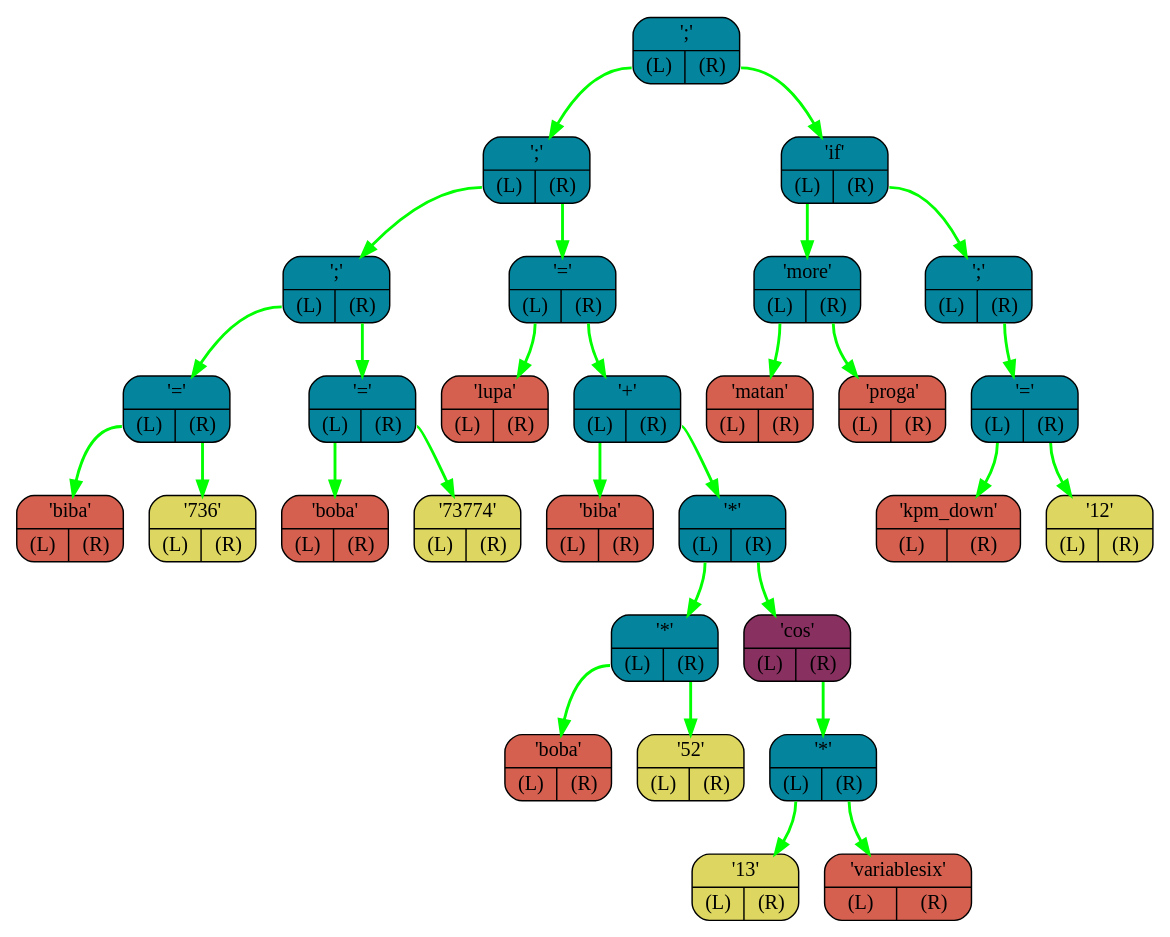
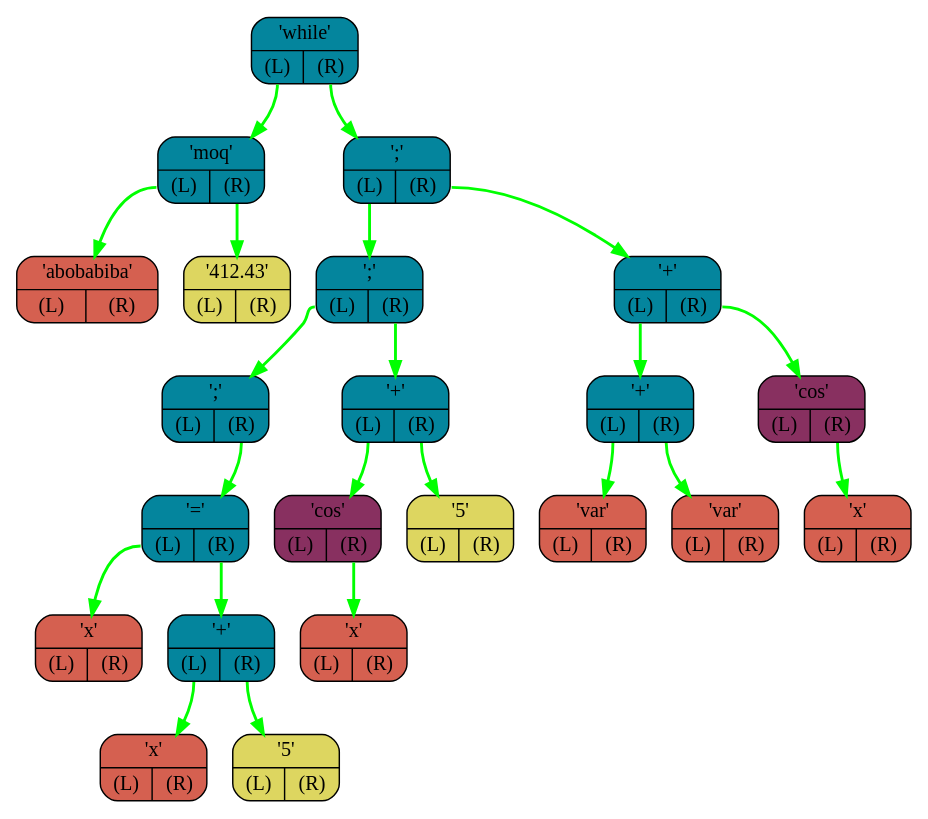
One commit to I1Va/OptimaLang changed the diagram in FrontEnd/logs/graph.dot. Above: the diagram before and after it, drawn with Graphviz. The commit also changed 14 other files, not shown here.

```diff
--- a/FrontEnd/logs/graph.dot
+++ b/FrontEnd/logs/graph.dot
@@ -1,60 +1,46 @@
 digraph G{
     rankdir=TB;
-    NODE0x7fffff20e298[shape="Mrecord",color="black",fillcolor="#04859D",style="filled",label="{';' | {<L> (L) | <R> (R)}}"]
-    NODE0x7fffff20e2c0[shape="Mrecord",color="black",fillcolor="#04859D",style="filled",label="{';' | {<L> (L) | <R> (R)}}"]
-    NODE0x7fffff20e2e8[shape="Mrecord",color="black",fillcolor="#04859D",style="filled",label="{';' | {<L> (L) | <R> (R)}}"]
-    NODE0x7fffff20e310[shape="Mrecord",color="black",fillcolor="#04859D",style="filled",label="{'=' | {<L> (L) | <R> (R)}}"]
-    NODE0x7fffff20e338[shape="Mrecord",color="black",fillcolor="#d56050",style="filled",label="{'biba' | {<L> (L) | <R> (R)}}"]
-    NODE0x7fffff20e360[shape="Mrecord",color="black",fillcolor="#ddd660",style="filled",label="{'736' | {<L> (L) | <R> (R)}}"]
-    NODE0x7fffff20e388[shape="Mrecord",color="black",fillcolor="#04859D",style="filled",label="{'=' | {<L> (L) | <R> (R)}}"]
-    NODE0x7fffff20e3b0[shape="Mrecord",color="black",fillcolor="#d56050",style="filled",label="{'boba' | {<L> (L) | <R> (R)}}"]
-    NODE0x7fffff20e3d8[shape="Mrecord",color="black",fillcolor="#ddd660",style="filled",label="{'73774' | {<L> (L) | <R> (R)}}"]
-    NODE0x7fffff20e400[shape="Mrecord",color="black",fillcolor="#04859D",style="filled",label="{'=' | {<L> (L) | <R> (R)}}"]
-    NODE0x7fffff20e428[shape="Mrecord",color="black",fillcolor="#d56050",style="filled",label="{'lupa' | {<L> (L) | <R> (R)}}"]
-    NODE0x7fffff20e450[shape="Mrecord",color="black",fillcolor="#04859D",style="filled",label="{'+' | {<L> (L) | <R> (R)}}"]
-    NODE0x7fffff20e478[shape="Mrecord",color="black",fillcolor="#d56050",style="filled",label="{'biba' | {<L> (L) | <R> (R)}}"]
-    NODE0x7fffff20e4a0[shape="Mrecord",color="black",fillcolor="#04859D",style="filled",label="{'*' | {<L> (L) | <R> (R)}}"]
-    NODE0x7fffff20e4c8[shape="Mrecord",color="black",fillcolor="#04859D",style="filled",label="{'*' | {<L> (L) | <R> (R)}}"]
-    NODE0x7fffff20e4f0[shape="Mrecord",color="black",fillcolor="#d56050",style="filled",label="{'boba' | {<L> (L) | <R> (R)}}"]
-    NODE0x7fffff20e518[shape="Mrecord",color="black",fillcolor="#ddd660",style="filled",label="{'52' | {<L> (L) | <R> (R)}}"]
-    NODE0x7fffff20e540[shape="Mrecord",color="black",fillcolor="#883060",style="filled",label="{'cos' | {<L> (L) | <R> (R)}}"]
-    NODE0x7fffff20e568[shape="Mrecord",color="black",fillcolor="#04859D",style="filled",label="{'*' | {<L> (L) | <R> (R)}}"]
-    NODE0x7fffff20e590[shape="Mrecord",color="black",fillcolor="#ddd660",style="filled",label="{'13' | {<L> (L) | <R> (R)}}"]
-    NODE0x7fffff20e5b8[shape="Mrecord",color="black",fillcolor="#d56050",style="filled",label="{'variablesix' | {<L> (L) | <R> (R)}}"]
-    NODE0x7fffff20e5e0[shape="Mrecord",color="black",fillcolor="#04859D",style="filled",label="{'if' | {<L> (L) | <R> (R)}}"]
-    NODE0x7fffff20e608[shape="Mrecord",color="black",fillcolor="#04859D",style="filled",label="{'more' | {<L> (L) | <R> (R)}}"]
-    NODE0x7fffff20e630[shape="Mrecord",color="black",fillcolor="#d56050",style="filled",label="{'matan' | {<L> (L) | <R> (R)}}"]
-    NODE0x7fffff20e658[shape="Mrecord",color="black",fillcolor="#d56050",style="filled",label="{'proga' | {<L> (L) | <R> (R)}}"]
-    NODE0x7fffff20e680[shape="Mrecord",color="black",fillcolor="#04859D",style="filled",label="{';' | {<L> (L) | <R> (R)}}"]
-    NODE0x7fffff20e6a8[shape="Mrecord",color="black",fillcolor="#04859D",style="filled",label="{'=' | {<L> (L) | <R> (R)}}"]
-    NODE0x7fffff20e6d0[shape="Mrecord",color="black",fillcolor="#d56050",style="filled",label="{'kpm_down' | {<L> (L) | <R> (R)}}"]
-    NODE0x7fffff20e6f8[shape="Mrecord",color="black",fillcolor="#ddd660",style="filled",label="{'12' | {<L> (L) | <R> (R)}}"]
-    NODE0x7fffff20e310:L-> NODE0x7fffff20e338 [color="#00FF00",penwidth=2,label=""]
-    NODE0x7fffff20e310:R-> NODE0x7fffff20e360 [color="#00FF00",penwidth=2,label=""]
-    NODE0x7fffff20e388:L-> NODE0x7fffff20e3b0 [color="#00FF00",penwidth=2,label=""]
-    NODE0x7fffff20e388:R-> NODE0x7fffff20e3d8 [color="#00FF00",penwidth=2,label=""]
-    NODE0x7fffff20e2e8:L-> NODE0x7fffff20e310 [color="#00FF00",penwidth=2,label=""]
-    NODE0x7fffff20e2e8:R-> NODE0x7fffff20e388 [color="#00FF00",penwidth=2,label=""]
-    NODE0x7fffff20e4c8:L-> NODE0x7fffff20e4f0 [color="#00FF00",penwidth=2,label=""]
-    NODE0x7fffff20e4c8:R-> NODE0x7fffff20e518 [color="#00FF00",penwidth=2,label=""]
-    NODE0x7fffff20e568:L-> NODE0x7fffff20e590 [color="#00FF00",penwidth=2,label=""]
-    NODE0x7fffff20e568:R-> NODE0x7fffff20e5b8 [color="#00FF00",penwidth=2,label=""]
-    NODE0x7fffff20e540:R-> NODE0x7fffff20e568 [color="#00FF00",penwidth=2,label=""]
-    NODE0x7fffff20e4a0:L-> NODE0x7fffff20e4c8 [color="#00FF00",penwidth=2,label=""]
-    NODE0x7fffff20e4a0:R-> NODE0x7fffff20e540 [color="#00FF00",penwidth=2,label=""]
-    NODE0x7fffff20e450:L-> NODE0x7fffff20e478 [color="#00FF00",penwidth=2,label=""]
-    NODE0x7fffff20e450:R-> NODE0x7fffff20e4a0 [color="#00FF00",penwidth=2,label=""]
-    NODE0x7fffff20e400:L-> NODE0x7fffff20e428 [color="#00FF00",penwidth=2,label=""]
-    NODE0x7fffff20e400:R-> NODE0x7fffff20e450 [color="#00FF00",penwidth=2,label=""]
-    NODE0x7fffff20e2c0:L-> NODE0x7fffff20e2e8 [color="#00FF00",penwidth=2,label=""]
-    NODE0x7fffff20e2c0:R-> NODE0x7fffff20e400 [color="#00FF00",penwidth=2,label=""]
-    NODE0x7fffff20e608:L-> NODE0x7fffff20e630 [color="#00FF00",penwidth=2,label=""]
-    NODE0x7fffff20e608:R-> NODE0x7fffff20e658 [color="#00FF00",penwidth=2,label=""]
-    NODE0x7fffff20e6a8:L-> NODE0x7fffff20e6d0 [color="#00FF00",penwidth=2,label=""]
-    NODE0x7fffff20e6a8:R-> NODE0x7fffff20e6f8 [color="#00FF00",penwidth=2,label=""]
-    NODE0x7fffff20e680:R-> NODE0x7fffff20e6a8 [color="#00FF00",penwidth=2,label=""]
-    NODE0x7fffff20e5e0:L-> NODE0x7fffff20e608 [color="#00FF00",penwidth=2,label=""]
-    NODE0x7fffff20e5e0:R-> NODE0x7fffff20e680 [color="#00FF00",penwidth=2,label=""]
-    NODE0x7fffff20e298:L-> NODE0x7fffff20e2c0 [color="#00FF00",penwidth=2,label=""]
-    NODE0x7fffff20e298:R-> NODE0x7fffff20e5e0 [color="#00FF00",penwidth=2,label=""]
+    NODE0x7ffdc6894148[shape="Mrecord",color="black",fillcolor="#04859D",style="filled",label="{'while' | {<L> (L) | <R> (R)}}"]
+    NODE0x7ffdc6894170[shape="Mrecord",color="black",fillcolor="#04859D",style="filled",label="{'moq' | {<L> (L) | <R> (R)}}"]
+    NODE0x7ffdc6894198[shape="Mrecord",color="black",fillcolor="#d56050",style="filled",label="{'abobabiba' | {<L> (L) | <R> (R)}}"]
+    NODE0x7ffdc68941c0[shape="Mrecord",color="black",fillcolor="#ddd660",style="filled",label="{'412.43' | {<L> (L) | <R> (R)}}"]
+    NODE0x7ffdc68941e8[shape="Mrecord",color="black",fillcolor="#04859D",style="filled",label="{';' | {<L> (L) | <R> (R)}}"]
+    NODE0x7ffdc6894210[shape="Mrecord",color="black",fillcolor="#04859D",style="filled",label="{';' | {<L> (L) | <R> (R)}}"]
+    NODE0x7ffdc6894238[shape="Mrecord",color="black",fillcolor="#04859D",style="filled",label="{';' | {<L> (L) | <R> (R)}}"]
+    NODE0x7ffdc6894260[shape="Mrecord",color="black",fillcolor="#04859D",style="filled",label="{'=' | {<L> (L) | <R> (R)}}"]
+    NODE0x7ffdc6894288[shape="Mrecord",color="black",fillcolor="#d56050",style="filled",label="{'x' | {<L> (L) | <R> (R)}}"]
+    NODE0x7ffdc68942b0[shape="Mrecord",color="black",fillcolor="#04859D",style="filled",label="{'+' | {<L> (L) | <R> (R)}}"]
+    NODE0x7ffdc68942d8[shape="Mrecord",color="black",fillcolor="#d56050",style="filled",label="{'x' | {<L> (L) | <R> (R)}}"]
+    NODE0x7ffdc6894300[shape="Mrecord",color="black",fillcolor="#ddd660",style="filled",label="{'5' | {<L> (L) | <R> (R)}}"]
+    NODE0x7ffdc6894328[shape="Mrecord",color="black",fillcolor="#04859D",style="filled",label="{'+' | {<L> (L) | <R> (R)}}"]
+    NODE0x7ffdc6894350[shape="Mrecord",color="black",fillcolor="#883060",style="filled",label="{'cos' | {<L> (L) | <R> (R)}}"]
+    NODE0x7ffdc6894378[shape="Mrecord",color="black",fillcolor="#d56050",style="filled",label="{'x' | {<L> (L) | <R> (R)}}"]
+    NODE0x7ffdc68943a0[shape="Mrecord",color="black",fillcolor="#ddd660",style="filled",label="{'5' | {<L> (L) | <R> (R)}}"]
+    NODE0x7ffdc68943c8[shape="Mrecord",color="black",fillcolor="#04859D",style="filled",label="{'+' | {<L> (L) | <R> (R)}}"]
+    NODE0x7ffdc68943f0[shape="Mrecord",color="black",fillcolor="#04859D",style="filled",label="{'+' | {<L> (L) | <R> (R)}}"]
+    NODE0x7ffdc6894418[shape="Mrecord",color="black",fillcolor="#d56050",style="filled",label="{'var' | {<L> (L) | <R> (R)}}"]
+    NODE0x7ffdc6894440[shape="Mrecord",color="black",fillcolor="#d56050",style="filled",label="{'var' | {<L> (L) | <R> (R)}}"]
+    NODE0x7ffdc6894468[shape="Mrecord",color="black",fillcolor="#883060",style="filled",label="{'cos' | {<L> (L) | <R> (R)}}"]
+    NODE0x7ffdc6894490[shape="Mrecord",color="black",fillcolor="#d56050",style="filled",label="{'x' | {<L> (L) | <R> (R)}}"]
+    NODE0x7ffdc6894170:L-> NODE0x7ffdc6894198 [color="#00FF00",penwidth=2,label=""]
+    NODE0x7ffdc6894170:R-> NODE0x7ffdc68941c0 [color="#00FF00",penwidth=2,label=""]
+    NODE0x7ffdc68942b0:L-> NODE0x7ffdc68942d8 [color="#00FF00",penwidth=2,label=""]
+    NODE0x7ffdc68942b0:R-> NODE0x7ffdc6894300 [color="#00FF00",penwidth=2,label=""]
+    NODE0x7ffdc6894260:L-> NODE0x7ffdc6894288 [color="#00FF00",penwidth=2,label=""]
+    NODE0x7ffdc6894260:R-> NODE0x7ffdc68942b0 [color="#00FF00",penwidth=2,label=""]
+    NODE0x7ffdc6894238:R-> NODE0x7ffdc6894260 [color="#00FF00",penwidth=2,label=""]
+    NODE0x7ffdc6894350:R-> NODE0x7ffdc6894378 [color="#00FF00",penwidth=2,label=""]
+    NODE0x7ffdc6894328:L-> NODE0x7ffdc6894350 [color="#00FF00",penwidth=2,label=""]
+    NODE0x7ffdc6894328:R-> NODE0x7ffdc68943a0 [color="#00FF00",penwidth=2,label=""]
+    NODE0x7ffdc6894210:L-> NODE0x7ffdc6894238 [color="#00FF00",penwidth=2,label=""]
+    NODE0x7ffdc6894210:R-> NODE0x7ffdc6894328 [color="#00FF00",penwidth=2,label=""]
+    NODE0x7ffdc68943f0:L-> NODE0x7ffdc6894418 [color="#00FF00",penwidth=2,label=""]
+    NODE0x7ffdc68943f0:R-> NODE0x7ffdc6894440 [color="#00FF00",penwidth=2,label=""]
+    NODE0x7ffdc6894468:R-> NODE0x7ffdc6894490 [color="#00FF00",penwidth=2,label=""]
+    NODE0x7ffdc68943c8:L-> NODE0x7ffdc68943f0 [color="#00FF00",penwidth=2,label=""]
+    NODE0x7ffdc68943c8:R-> NODE0x7ffdc6894468 [color="#00FF00",penwidth=2,label=""]
+    NODE0x7ffdc68941e8:L-> NODE0x7ffdc6894210 [color="#00FF00",penwidth=2,label=""]
+    NODE0x7ffdc68941e8:R-> NODE0x7ffdc68943c8 [color="#00FF00",penwidth=2,label=""]
+    NODE0x7ffdc6894148:L-> NODE0x7ffdc6894170 [color="#00FF00",penwidth=2,label=""]
+    NODE0x7ffdc6894148:R-> NODE0x7ffdc68941e8 [color="#00FF00",penwidth=2,label=""]
 }
```
